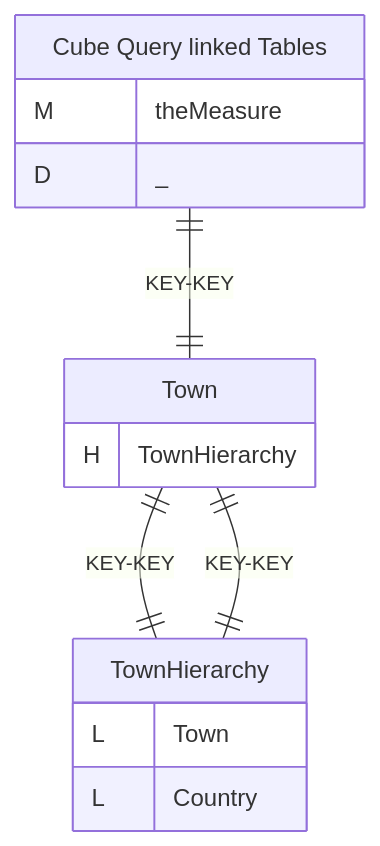
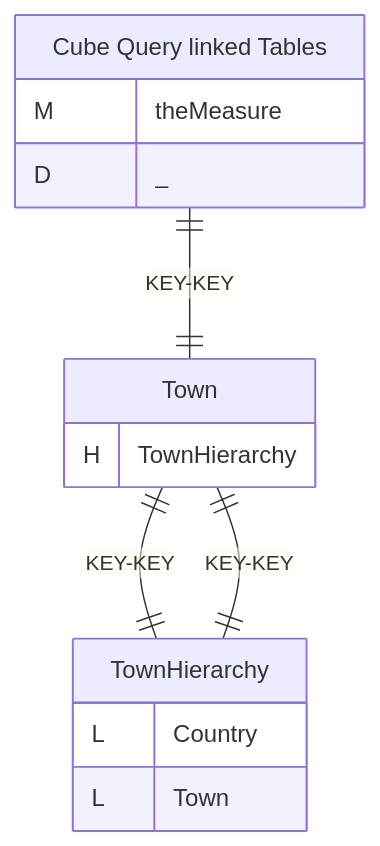
Before and after one commit to stbischof/tuttest: the first of 5 diagrams in tutorial.cube.hierarchy.query.table.multilevel.singletable/DOCUMENTATION.MD, drawn with Mermaid. The commit also changed other lines of this file and 33 other files, not shown here.

````diff
--- a/tutorial.cube.hierarchy.query.table.multilevel.singletable/DOCUMENTATION.MD
+++ b/tutorial.cube.hierarchy.query.table.multilevel.singletable/DOCUMENTATION.MD
@@ -41,28 +41,28 @@
 ```mermaid
 %%{init: {
 "theme": "default",
 "themeCSS": [
     ".er.entityBox {stroke: black;}",
     ".er.attributeBoxEven {stroke: black;}",
     ".er.attributeBoxOdd {stroke: black;}",
     "[id^=entity-c] .er.entityBox { fill: lightgreen;} ",
     "[id^=entity-d] .er.entityBox { fill: powderblue;} ",
     "[id^=entity-h] .er.entityBox { fill: pink;} "
 ]
 }}%%
 erDiagram
 c0["Cube Query linked Tables"]{
 M theMeasure ""
 D _ ""
 }
 d00["Town"] {
 H TownHierarchy ""
 }
 h000["TownHierarchy"] {
+L Country ""
 L Town ""
-L Country ""
 }
 "c0" ||--|| "d00" : "KEY-KEY"
 "d00" ||--|| "h000" : "KEY-KEY"
 "d00" ||--|| "h000" : "KEY-KEY"
 ```
````
